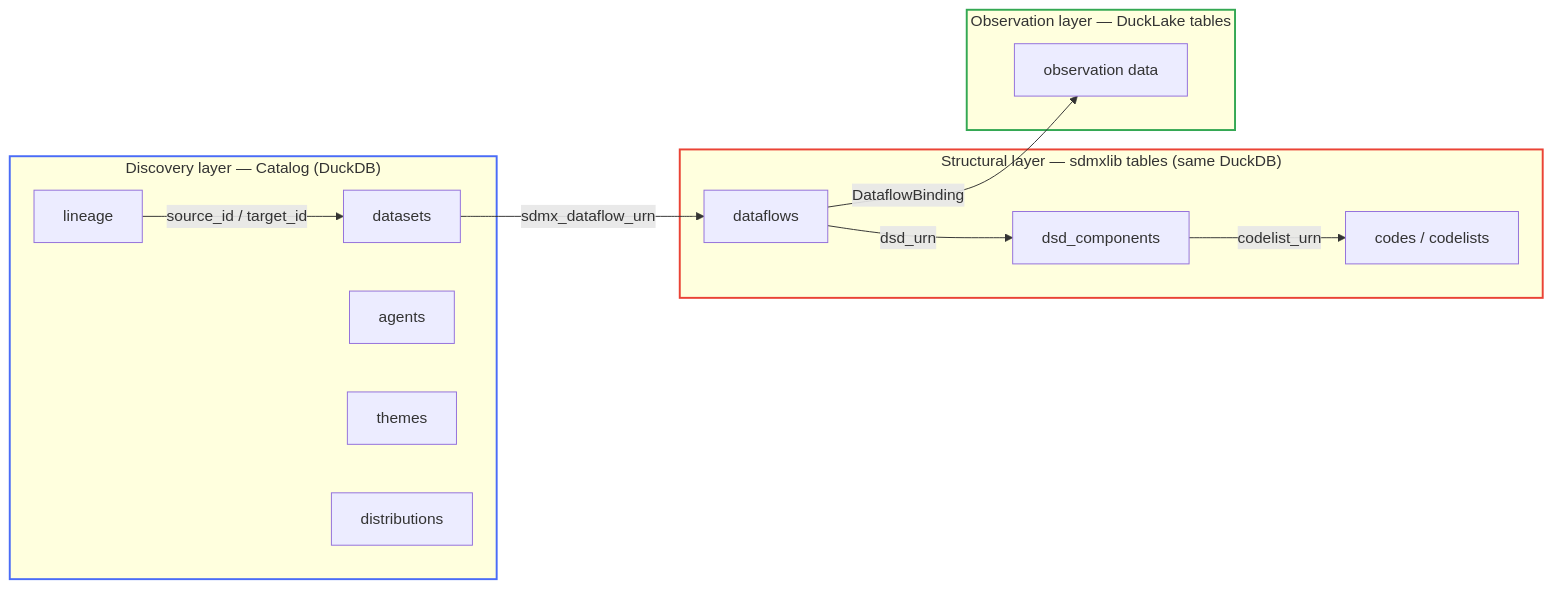
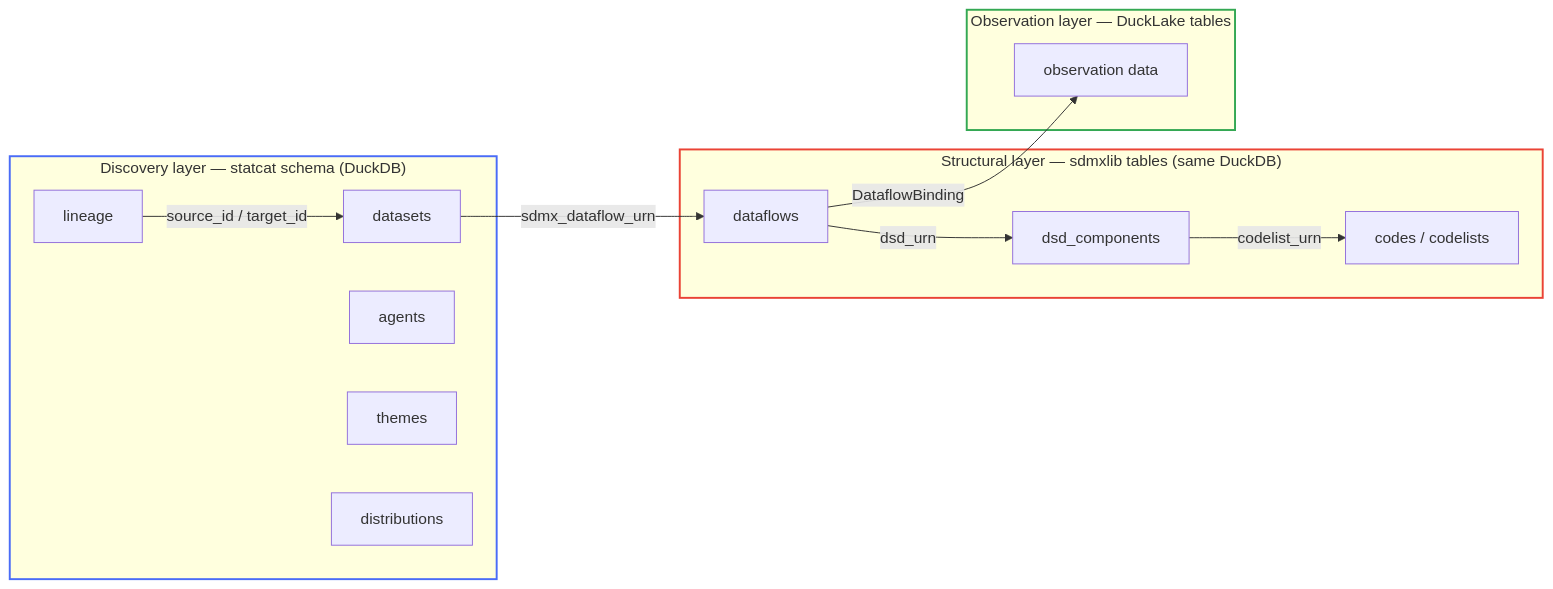
Before and after one commit to StatCat-Suite/statcatlib: the first of 4 diagrams in docs/index.md, drawn with Mermaid. The commit also changed other lines of this file and 12 other files, not shown here.

````diff
--- a/docs/index.md
+++ b/docs/index.md
@@ -23,30 +51,30 @@
 ```mermaid
 graph LR
-    subgraph Discovery["Discovery layer — Catalog (DuckDB)"]
+    subgraph Discovery["Discovery layer — statcat schema (DuckDB)"]
         DS[datasets]
         AG[agents]
         TH[themes]
         DI[distributions]
         LN[lineage]
     end
 
     subgraph Structure["Structural layer — sdmxlib tables (same DuckDB)"]
         DF[dataflows]
         DSD[dsd_components]
         CL[codes / codelists]
     end
 
     subgraph Observation["Observation layer — DuckLake tables"]
         OBS[observation data]
     end
 
     DS -->|sdmx_dataflow_urn| DF
     DF -->|dsd_urn| DSD
     DSD -->|codelist_urn| CL
     DF -->|DataflowBinding| OBS
     LN -->|source_id / target_id| DS
 
     style Discovery  stroke:#4a6cf7,stroke-width:2px
     style Structure  stroke:#ea4335,stroke-width:2px
     style Observation stroke:#34a853,stroke-width:2px
 ```
````
